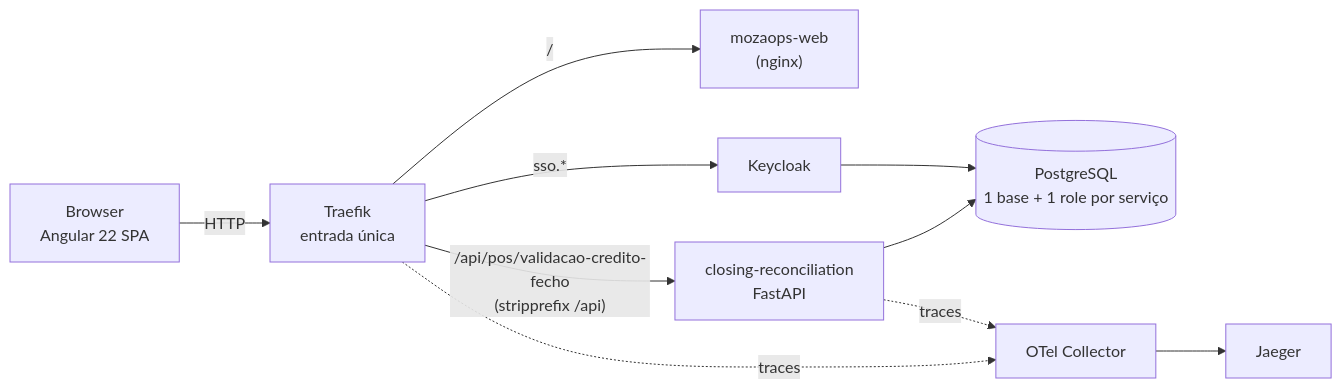
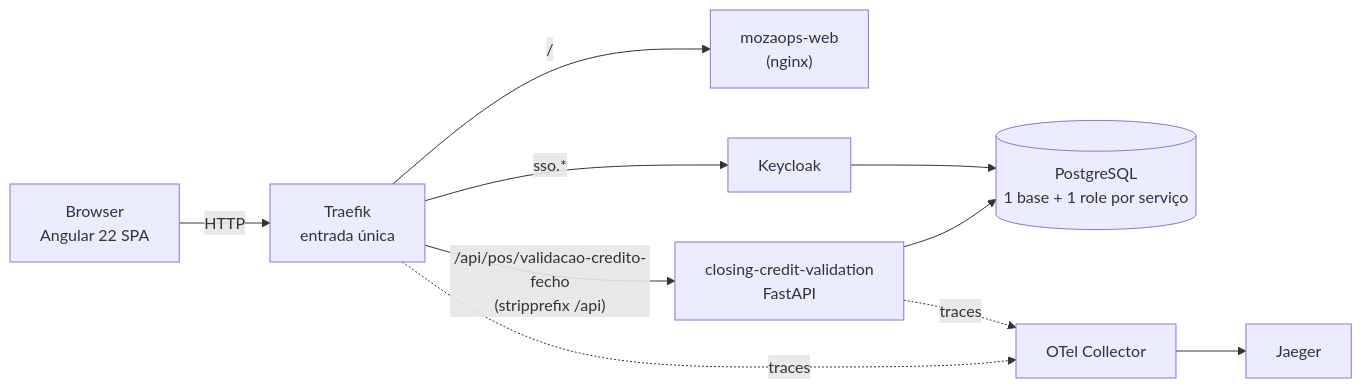
The diagram in ARCHITECTURE.md (DaltonChivambo/ops), drawn with Mermaid before and after one commit. The commit also changed other lines of this file and 42 other files, not shown here.

First line of the commit message:
refactor(backend): serviço passa a closing-credit-validation, em categorias

````diff
--- a/ARCHITECTURE.md
+++ b/ARCHITECTURE.md
@@ -18,15 +18,15 @@
 ```mermaid
 flowchart LR
     B["Browser<br/>Angular 22 SPA"] -- "HTTP" --> TR["Traefik<br/>entrada única"]
 
     TR -- "/" --> FE["mozaops-web<br/>(nginx)"]
-    TR -- "/api/pos/validacao-credito-fecho<br/>(stripprefix /api)" --> CR["closing-reconciliation<br/>FastAPI"]
+    TR -- "/api/pos/validacao-credito-fecho<br/>(stripprefix /api)" --> CR["closing-credit-validation<br/>FastAPI"]
     TR -- "sso.*" --> KC["Keycloak"]
 
     CR --> PG[("PostgreSQL<br/>1 base + 1 role por serviço")]
     KC --> PG
 
     TR -. "traces" .-> OT["OTel Collector"]
     CR -. "traces" .-> OT
     OT --> JG["Jaeger"]
 ```
````
